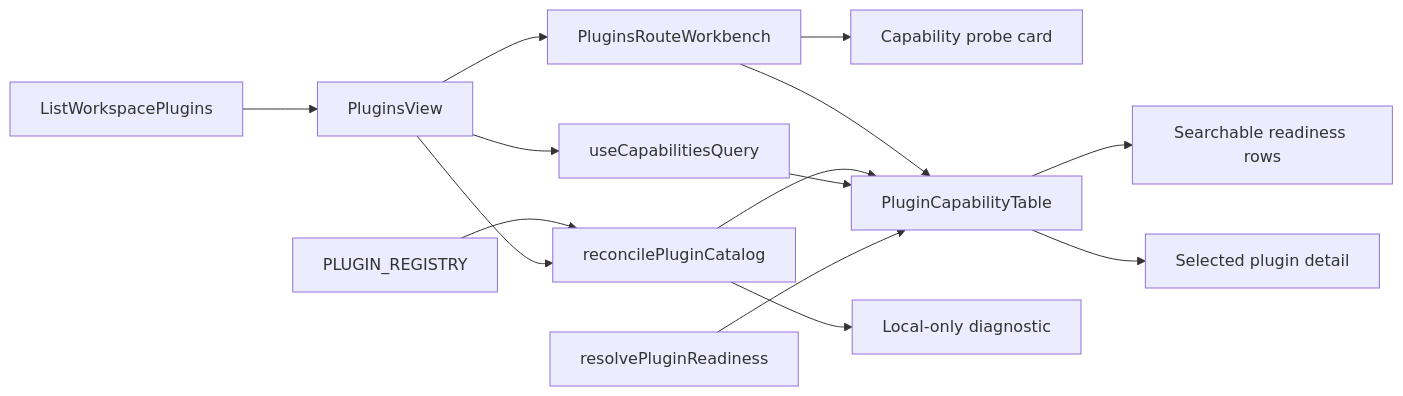
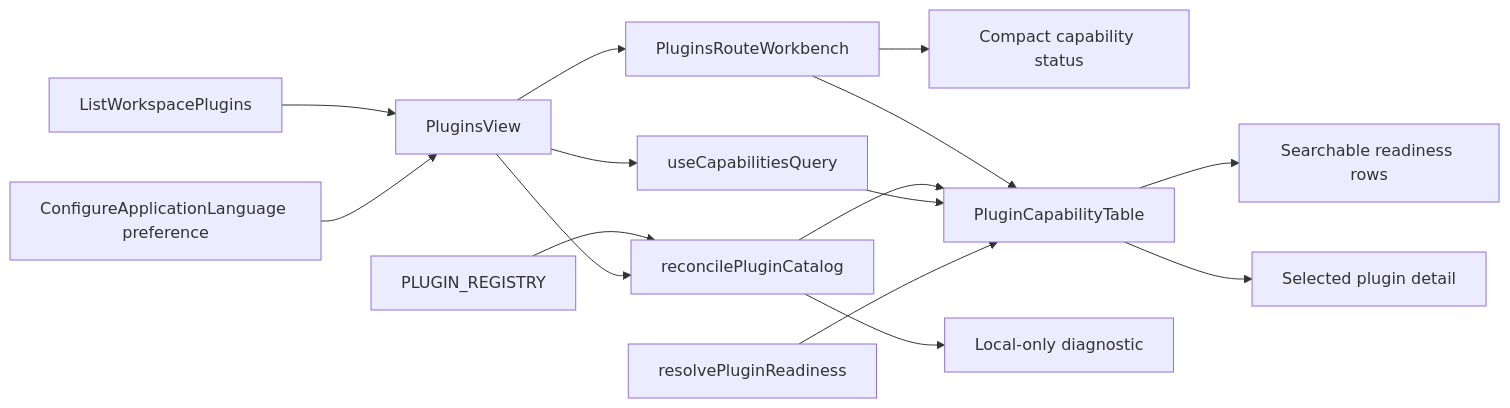
Before and after one commit to dunay2/dvt: the diagram in docs/architecture/components/web/plugins/plugin-capability-table-component.md, drawn with Mermaid. The commit also changed other lines of this file and 879 other files, not shown here.

````diff
--- a/docs/architecture/components/web/plugins/plugin-capability-table-component.md
+++ b/docs/architecture/components/web/plugins/plugin-capability-table-component.md
@@ -69,16 +76,17 @@
 ```mermaid
 flowchart LR
   Catalog["ListWorkspacePlugins"] --> View["PluginsView"]
   Registry["PLUGIN_REGISTRY"] --> Reconcile["reconcilePluginCatalog"]
   View --> Reconcile
   View --> Query["useCapabilitiesQuery"]
+  Language["ConfigureApplicationLanguage preference"] --> View
   View --> Workbench["PluginsRouteWorkbench"]
-  Workbench --> Probe["Capability probe card"]
+  Workbench --> Probe["Compact capability status"]
   Workbench --> Table["PluginCapabilityTable"]
   Reconcile --> Table
   Reconcile --> Diagnostic["Local-only diagnostic"]
   Query --> Table
   Model["resolvePluginReadiness"] --> Table
   Table --> Rows["Searchable readiness rows"]
   Table --> Detail["Selected plugin detail"]
 ```
````
